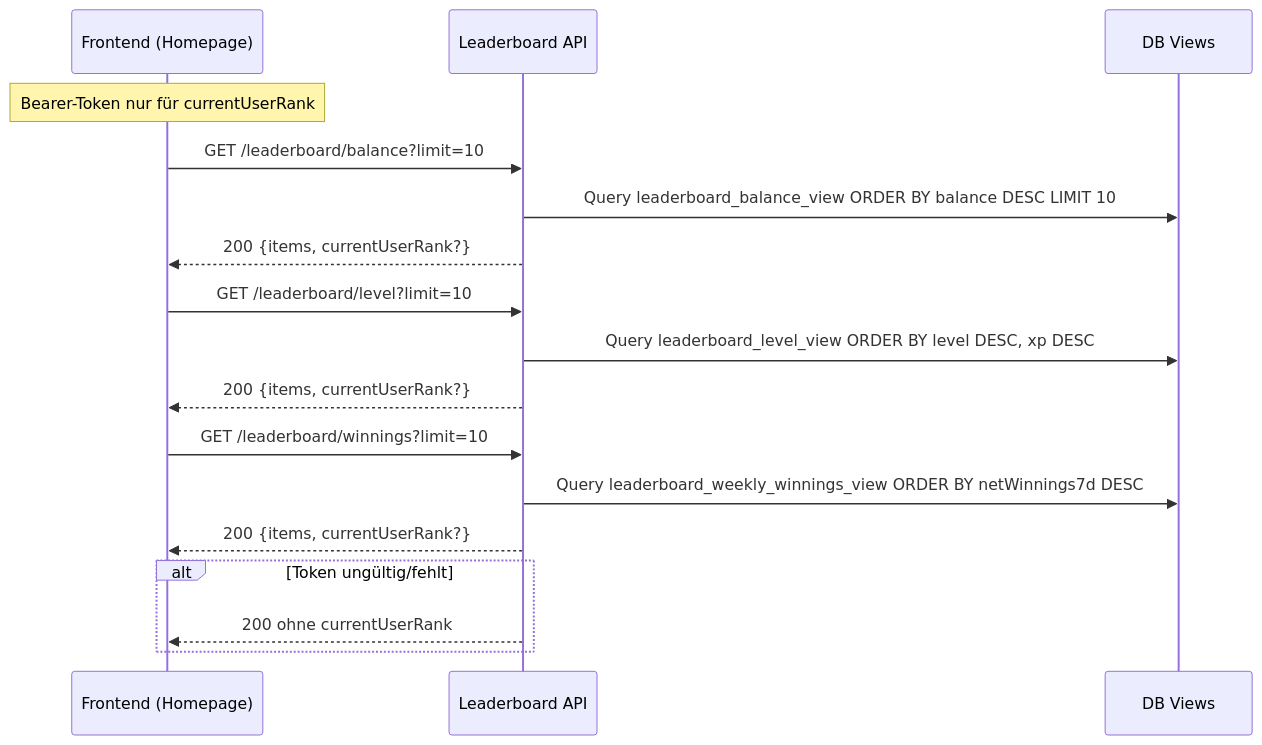
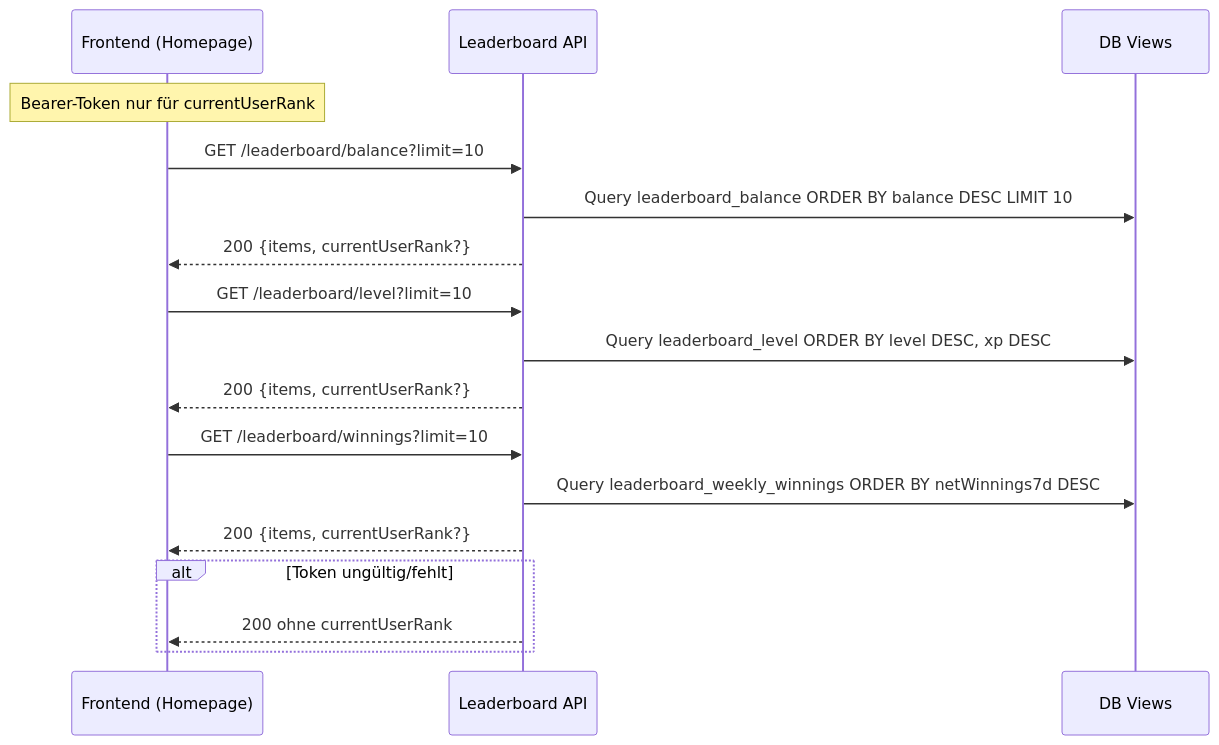
Before and after one commit to JustinKaram14/BetCeption: the diagram in docs/use-case-realisation/ucrs-leaderboard-anzeigen.md, drawn with Mermaid. The commit also changed other lines of this file and 5 other files, not shown here.

````diff
--- a/docs/use-case-realisation/ucrs-leaderboard-anzeigen.md
+++ b/docs/use-case-realisation/ucrs-leaderboard-anzeigen.md
@@ -58,24 +58,24 @@
 ```mermaid
 sequenceDiagram
   participant FE as Frontend (Homepage)
   participant API as Leaderboard API
   participant DB as DB Views
 
   Note over FE: Bearer-Token nur für currentUserRank
 
   FE->>API: GET /leaderboard/balance?limit=10
-  API->>DB: Query leaderboard_balance_view ORDER BY balance DESC LIMIT 10
+  API->>DB: Query leaderboard_balance ORDER BY balance DESC LIMIT 10
   API-->>FE: 200 {items, currentUserRank?}
 
   FE->>API: GET /leaderboard/level?limit=10
-  API->>DB: Query leaderboard_level_view ORDER BY level DESC, xp DESC
+  API->>DB: Query leaderboard_level ORDER BY level DESC, xp DESC
   API-->>FE: 200 {items, currentUserRank?}
 
   FE->>API: GET /leaderboard/winnings?limit=10
-  API->>DB: Query leaderboard_weekly_winnings_view ORDER BY netWinnings7d DESC
+  API->>DB: Query leaderboard_weekly_winnings ORDER BY netWinnings7d DESC
   API-->>FE: 200 {items, currentUserRank?}
 
   alt Token ungültig/fehlt
     API-->>FE: 200 ohne currentUserRank
   end
 ```
````
